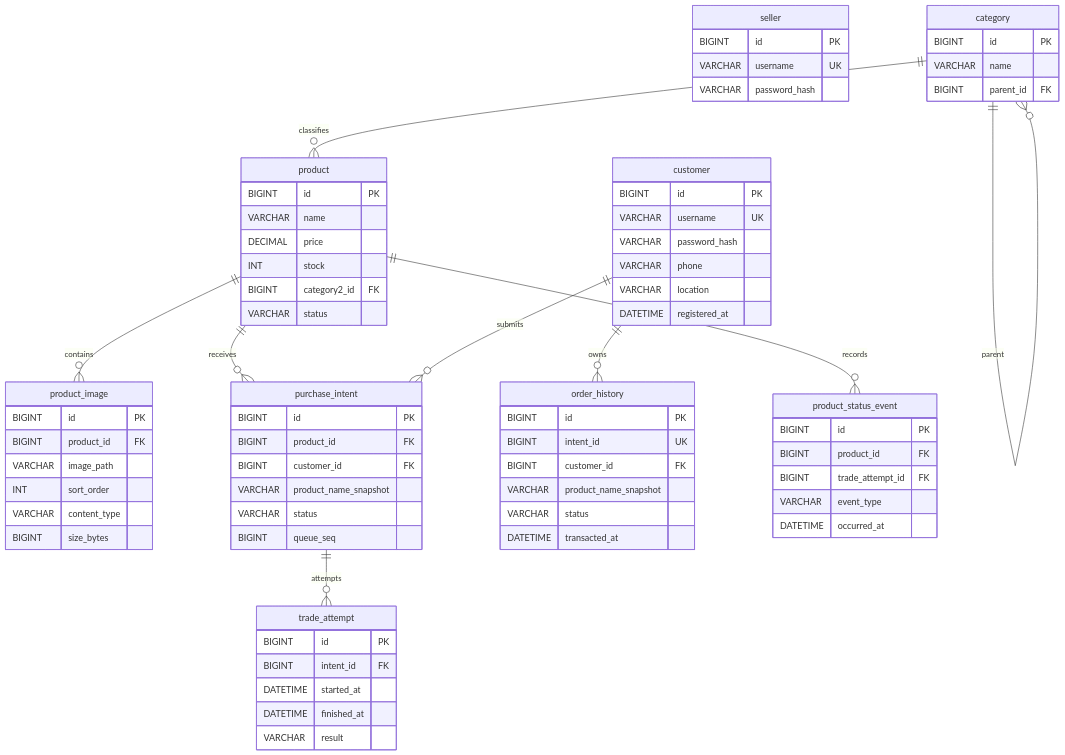
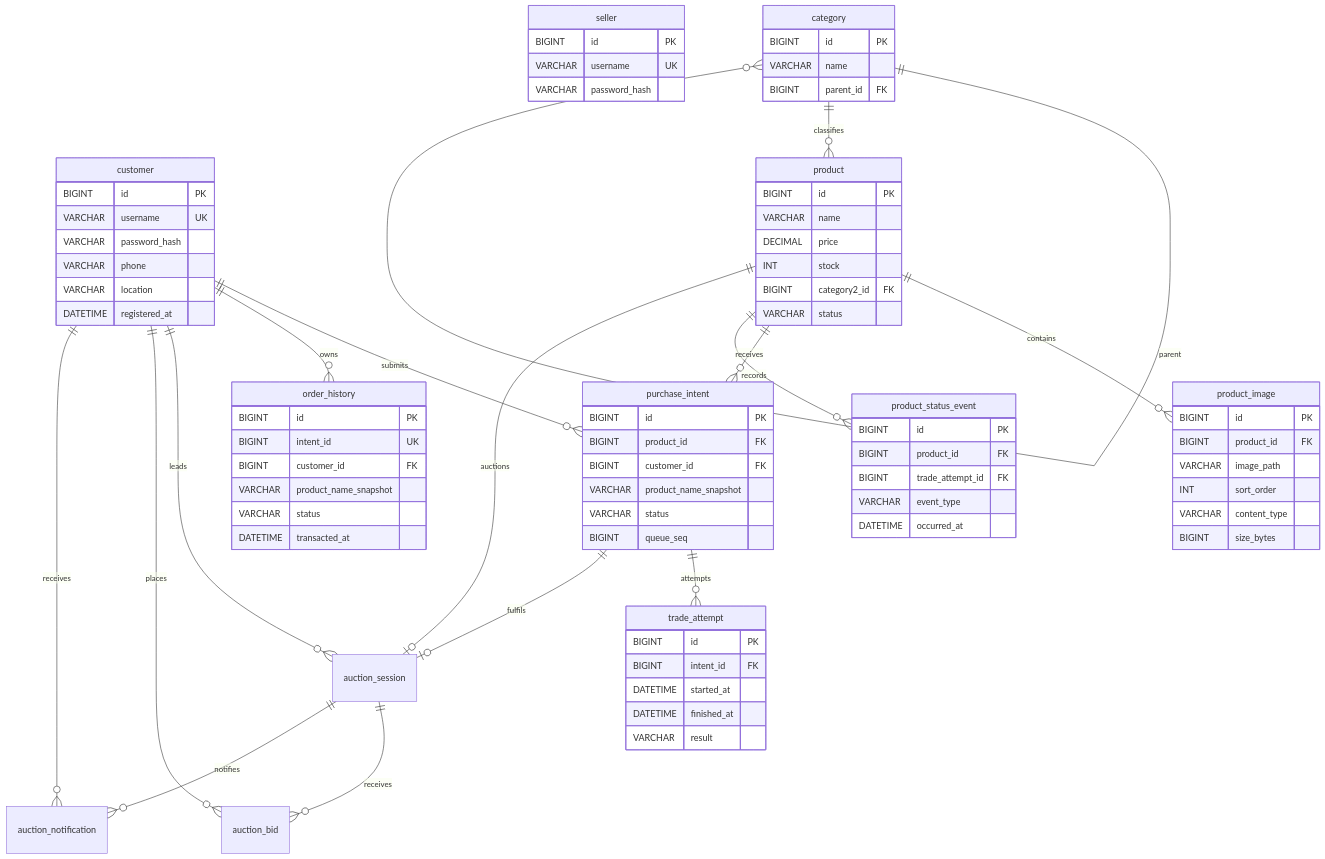
Before and after one commit to Wen5555/OxStore: the diagram in docs/design/database.md, drawn with Mermaid. The commit also changed other lines of this file and 28 other files, not shown here.

First line of the commit message:
feat(db): add auction contract, schema and V6 migration [P-A00][P-A01][P-A02][PB-A01][PB-A02][PB-A04]

````diff
--- a/docs/design/database.md
+++ b/docs/design/database.md
@@ -23,75 +26,82 @@
 ```mermaid
 erDiagram
     seller {
         BIGINT id PK
         VARCHAR username UK
         VARCHAR password_hash
     }
     customer {
         BIGINT id PK
         VARCHAR username UK
         VARCHAR password_hash
         VARCHAR phone
         VARCHAR location
         DATETIME registered_at
     }
     category {
         BIGINT id PK
         VARCHAR name
         BIGINT parent_id FK
     }
     product {
         BIGINT id PK
         VARCHAR name
         DECIMAL price
         INT stock
         BIGINT category2_id FK
         VARCHAR status
     }
     product_image {
         BIGINT id PK
         BIGINT product_id FK
         VARCHAR image_path
         INT sort_order
         VARCHAR content_type
         BIGINT size_bytes
     }
     purchase_intent {
         BIGINT id PK
         BIGINT product_id FK
         BIGINT customer_id FK
         VARCHAR product_name_snapshot
         VARCHAR status
         BIGINT queue_seq
     }
     trade_attempt {
         BIGINT id PK
         BIGINT intent_id FK
         DATETIME started_at
         DATETIME finished_at
         VARCHAR result
     }
     order_history {
         BIGINT id PK
         BIGINT intent_id UK
         BIGINT customer_id FK
         VARCHAR product_name_snapshot
         VARCHAR status
         DATETIME transacted_at
     }
     product_status_event {
         BIGINT id PK
         BIGINT product_id FK
         BIGINT trade_attempt_id FK
         VARCHAR event_type
         DATETIME occurred_at
     }
     category ||--o{ category : parent
     category ||--o{ product : classifies
     product ||--o{ product_image : contains
     product ||--o{ purchase_intent : receives
     customer ||--o{ purchase_intent : submits
     purchase_intent ||--o{ trade_attempt : attempts
     customer ||--o{ order_history : owns
     product ||--o{ product_status_event : records
+    product ||--o| auction_session : auctions
+    customer ||--o{ auction_session : leads
+    purchase_intent ||--o| auction_session : fulfils
+    auction_session ||--o{ auction_bid : receives
+    customer ||--o{ auction_bid : places
+    auction_session ||--o{ auction_notification : notifies
+    customer ||--o{ auction_notification : receives
 ```
````
